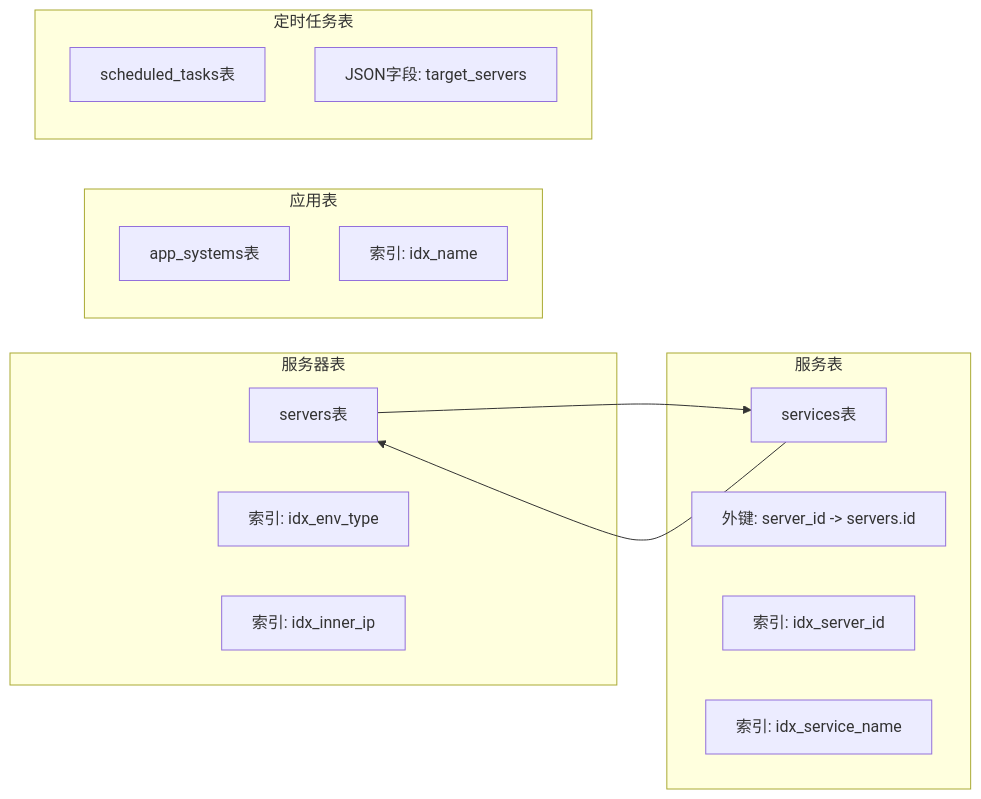
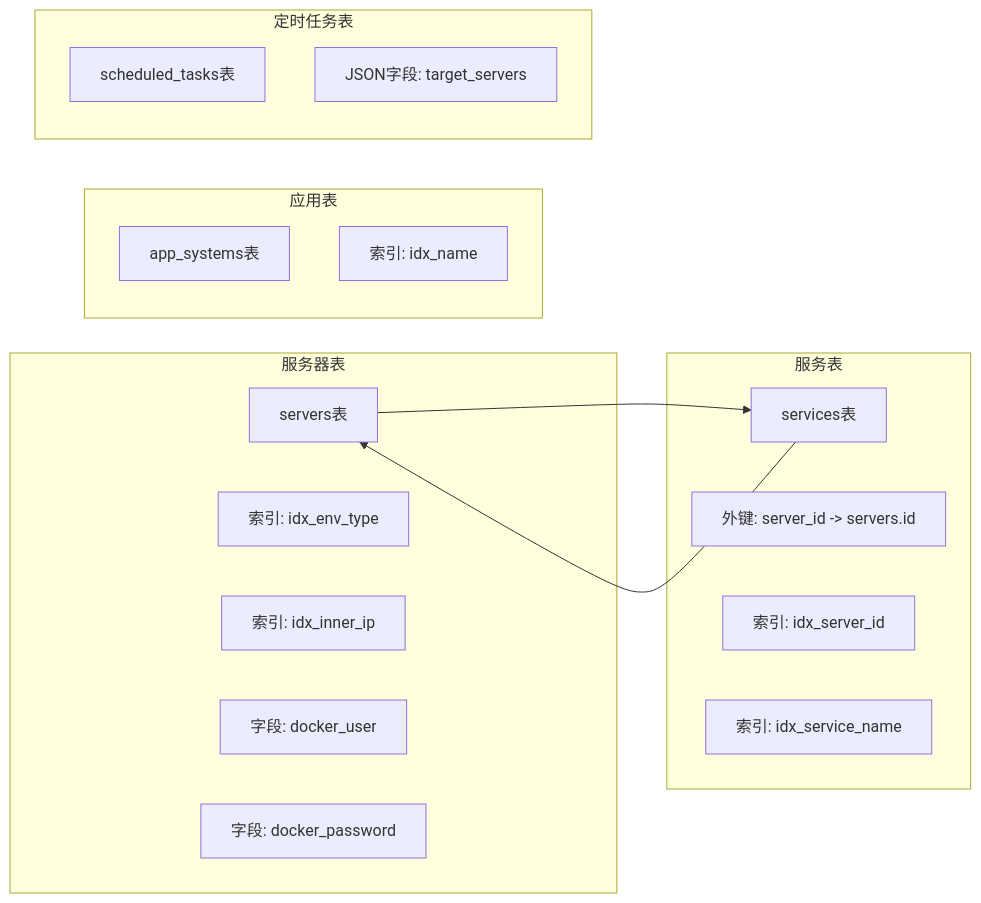
Diagram 11 of 13 in .qoder/repowiki/zh/content/API接口文档/服务器管理接口.md (ismine3/OPS), drawn with Mermaid before and after one commit. The commit also changed other lines of this file and 17 other files, not shown here.

````diff
--- a/.qoder/repowiki/zh/content/API接口文档/服务器管理接口.md
+++ b/.qoder/repowiki/zh/content/API接口文档/服务器管理接口.md
@@ -341,24 +386,26 @@
 ```mermaid
 graph LR
 subgraph "服务器表"
 S1[servers表]
 S2[索引: idx_env_type]
 S3[索引: idx_inner_ip]
+S4[字段: docker_user]
+S5[字段: docker_password]
 end
 subgraph "服务表"
 SV1[services表]
 SV2[外键: server_id -> servers.id]
 SV3[索引: idx_server_id]
 SV4[索引: idx_service_name]
 end
 subgraph "应用表"
 APP1[app_systems表]
 APP2[索引: idx_name]
 end
 subgraph "定时任务表"
 T1[scheduled_tasks表]
 T2[JSON字段: target_servers]
 end
 S1 --> SV1
 SV1 --> S1
 ```
````
